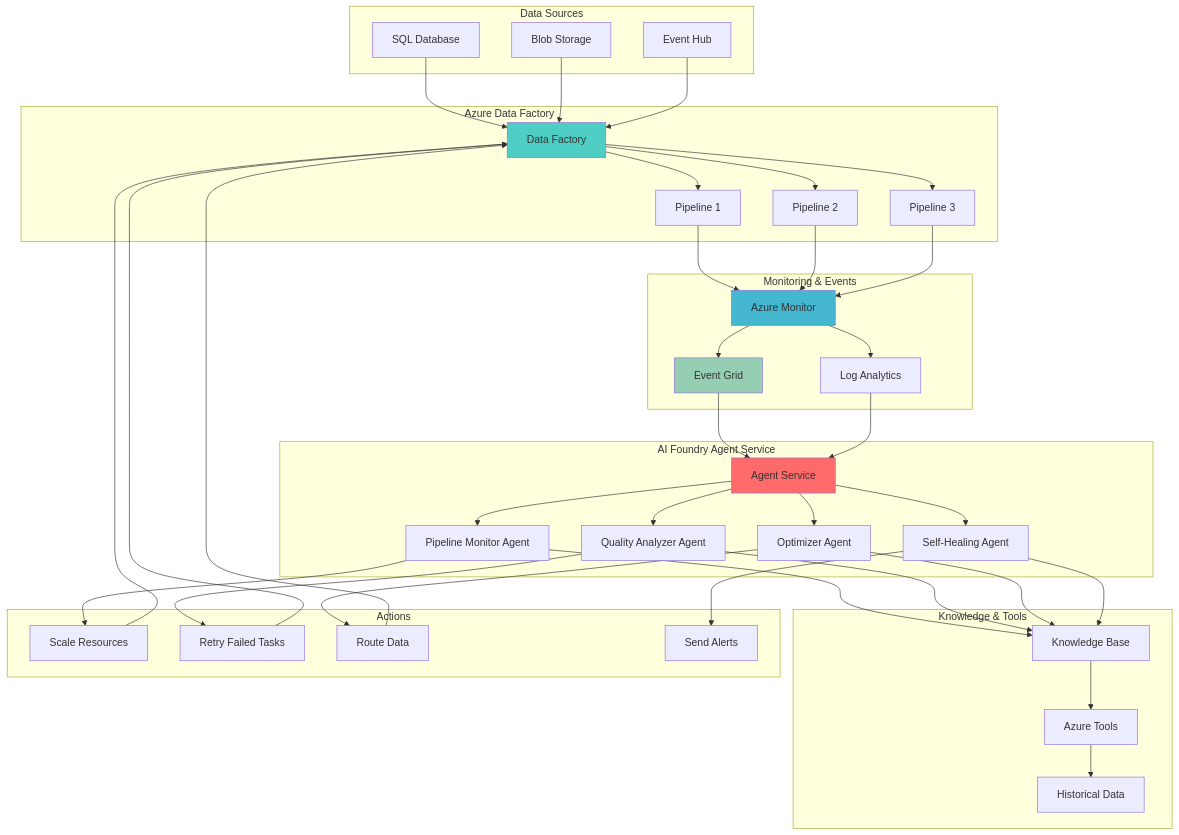
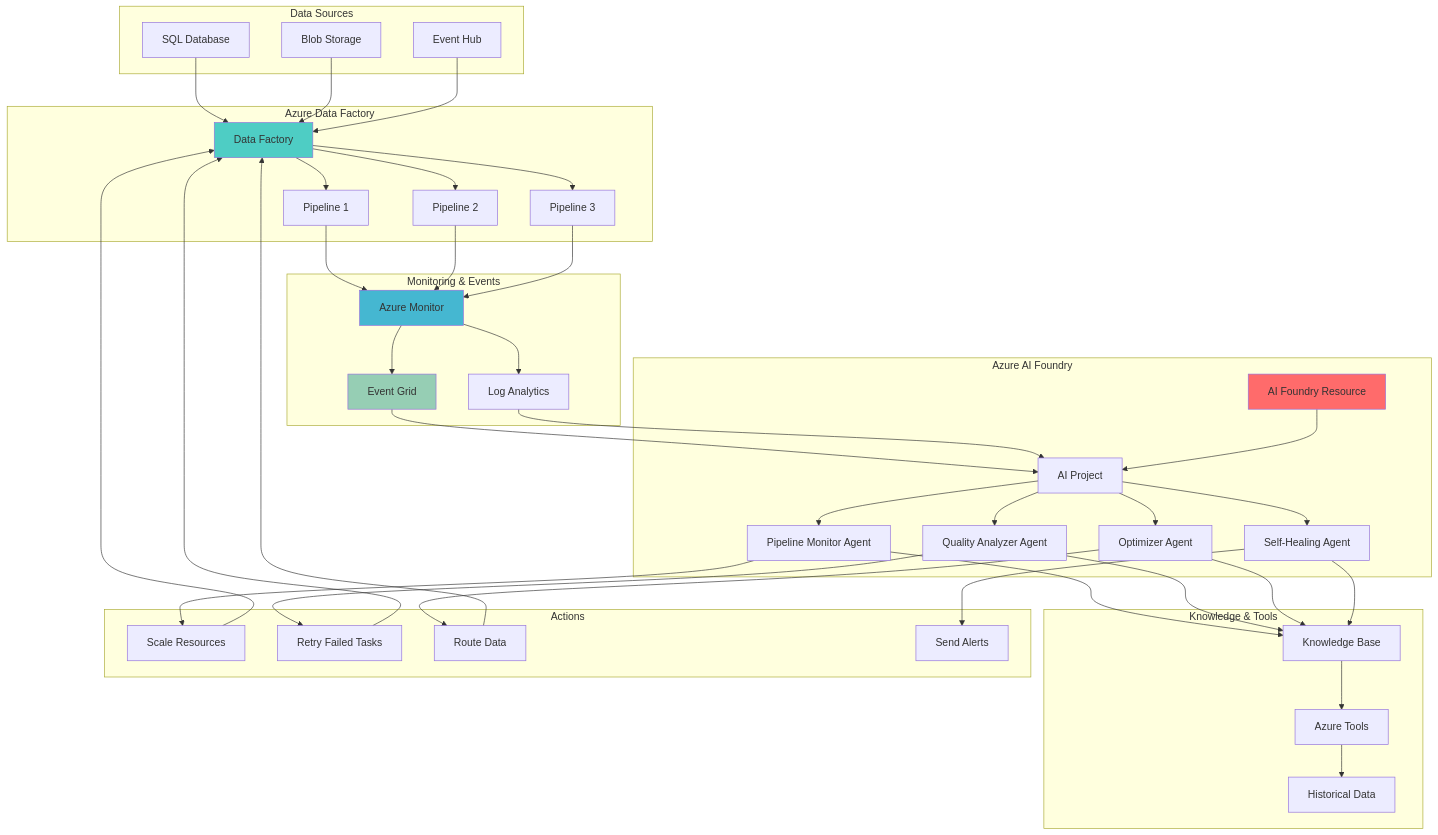
The diagram in azure/autonomous-data-pipeline-optimization-agents/autonomous-data-pipeline-optimization-agents.md (mzazon/awesome-cloud-projects), drawn with Mermaid before and after one commit. The commit also changed other lines of this file and 5581 other files, not shown here.

```diff
--- a/azure/autonomous-data-pipeline-optimization-agents/autonomous-data-pipeline-optimization-agents.md
+++ b/azure/autonomous-data-pipeline-optimization-agents/autonomous-data-pipeline-optimization-agents.md
@@ -48,8 +48,9 @@
         LA[Log Analytics]
     end
     
-    subgraph "AI Foundry Agent Service"
-        AGS[Agent Service]
+    subgraph "Azure AI Foundry"
+        AIF[AI Foundry Resource]
+        PROJECT[AI Project]
         AGENT1[Pipeline Monitor Agent]
         AGENT2[Quality Analyzer Agent]
         AGENT3[Optimizer Agent]
@@ -84,13 +85,14 @@
     MON --> EG
     MON --> LA
     
-    EG --> AGS
-    LA --> AGS
+    EG --> PROJECT
+    LA --> PROJECT
     
-    AGS --> AGENT1
-    AGS --> AGENT2
-    AGS --> AGENT3
-    AGS --> AGENT4
+    AIF --> PROJECT
+    PROJECT --> AGENT1
+    PROJECT --> AGENT2
+    PROJECT --> AGENT3
+    PROJECT --> AGENT4
     
     AGENT1 --> KB
     AGENT2 --> KB
@@ -109,7 +111,7 @@
     ACTION2 --> ADF
     ACTION3 --> ADF
     
-    style AGS fill:#FF6B6B
+    style AIF fill:#FF6B6B
     style ADF fill:#4ECDC4
     style MON fill:#45B7D1
     style EG fill:#96CEB4
```
